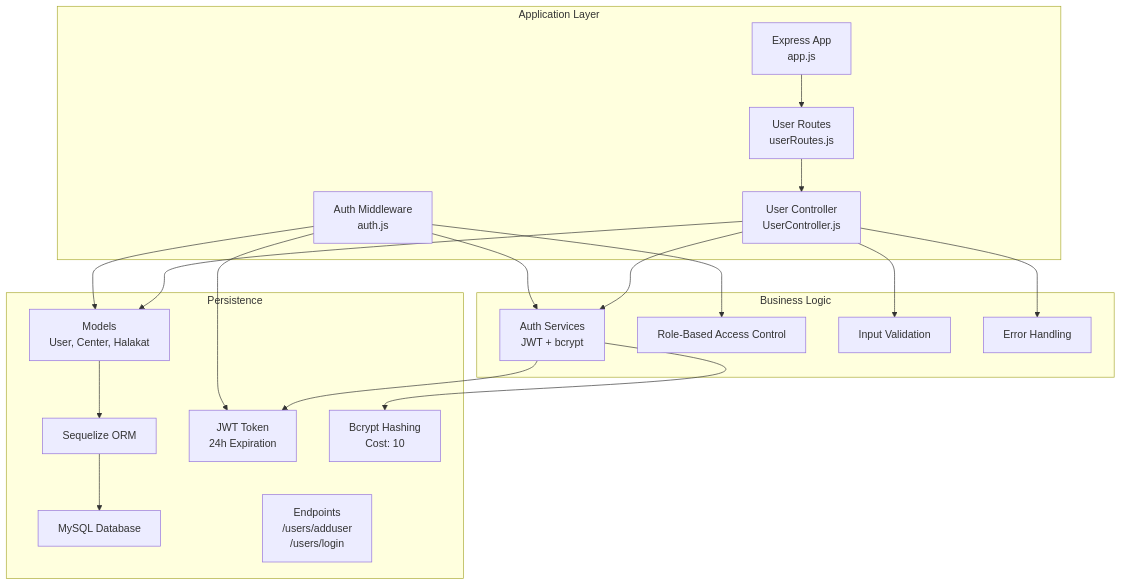
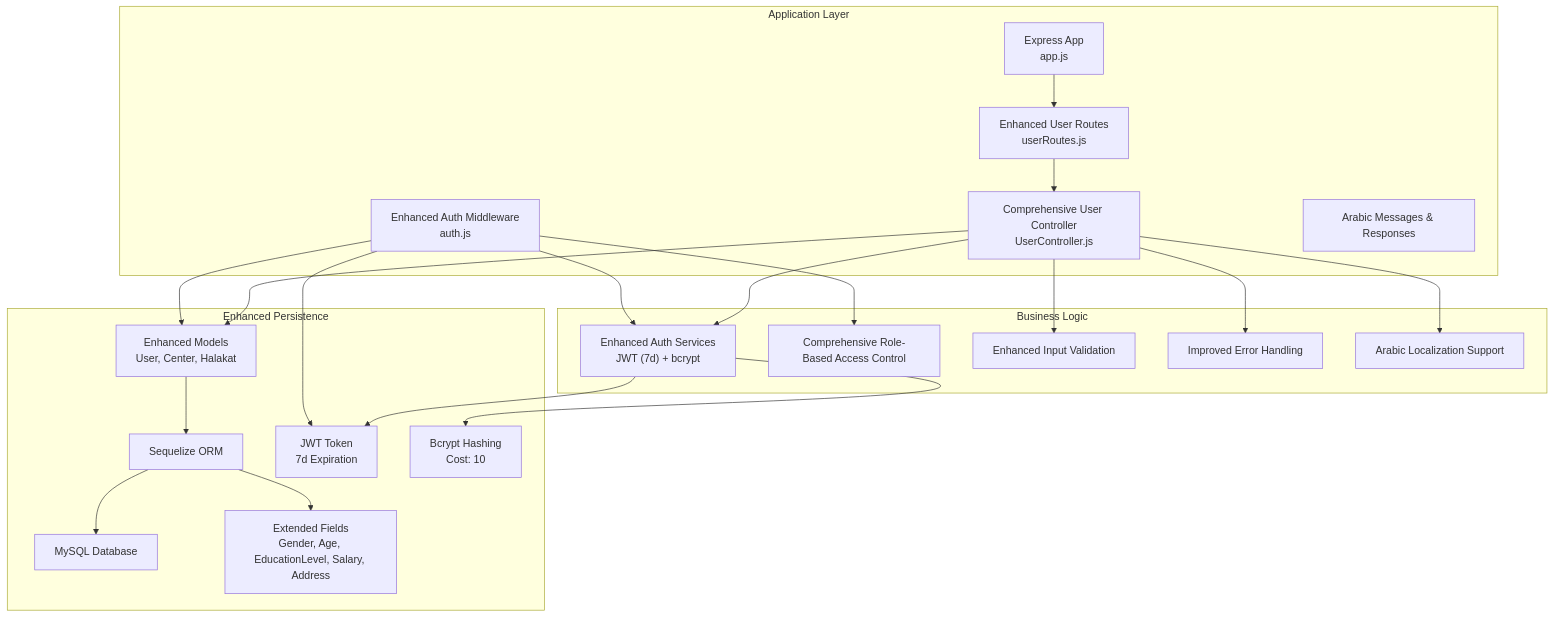
One commit to Mreng78/khirocom_project changed the second of 8 diagrams in .qoder/repowiki/en/content/Feature Modules/User Management System.md. Above: the diagram before and after it, drawn with Mermaid. The commit also changed other lines of this file and 13 other files, not shown here.

````diff
--- a/.qoder/repowiki/en/content/Feature Modules/User Management System.md
+++ b/.qoder/repowiki/en/content/Feature Modules/User Management System.md
@@ -110,37 +114,42 @@
 ```mermaid
 graph TB
 subgraph "Application Layer"
 APP["Express App<br/>app.js"]
-ROUTES["User Routes<br/>userRoutes.js"]
-CTRL["User Controller<br/>UserController.js"]
-AUTHMW["Auth Middleware<br/>auth.js"]
+ROUTES["Enhanced User Routes<br/>userRoutes.js"]
+CTRL["Comprehensive User Controller<br/>UserController.js"]
+AUTHMW["Enhanced Auth Middleware<br/>auth.js"]
+ENDPOINTS["Arabic Endpoints<br/>/users/adduser<br/>/users/login<br/>/users/getusers<br/>/users/getuserbyname<br/>/users/updateuser"]
 end
 subgraph "Business Logic"
-AUTH["Auth Services<br/>JWT + bcrypt"]
-RBAC["Role-Based Access Control"]
-VALIDATION["Input Validation"]
-ERRORHANDLING["Error Handling"]
+AUTH["Enhanced Auth Services<br/>JWT (7d) + bcrypt"]
+RBAC["Comprehensive Role-Based Access Control"]
+VALIDATION["Enhanced Input Validation"]
+ERRORHANDLING["Improved Error Handling"]
+LOCALIZATION["Arabic Localization Support"]
+ENDPOINTS["Arabic Messages & Responses"]
 end
-subgraph "Persistence"
+subgraph "Enhanced Persistence"
 DB["MySQL Database"]
 SEQ["Sequelize ORM"]
-MODELS["Models<br/>User, Center, Halakat"]
-ENDPOINTS["Endpoints<br/>/users/adduser<br/>/users/login"]
-TOKEN["JWT Token<br/>24h Expiration"]
+MODELS["Enhanced Models<br/>User, Center, Halakat"]
+FIELDS["Extended Fields<br/>Gender, Age, EducationLevel, Salary, Address"]
+TOKEN["JWT Token<br/>7d Expiration"]
 HASH["Bcrypt Hashing<br/>Cost: 10"]
 end
 APP --> ROUTES
 ROUTES --> CTRL
 CTRL --> AUTH
 CTRL --> VALIDATION
 CTRL --> ERRORHANDLING
+CTRL --> LOCALIZATION
 AUTH --> HASH
 AUTH --> TOKEN
 CTRL --> MODELS
 MODELS --> SEQ
 SEQ --> DB
+SEQ --> FIELDS
 AUTHMW --> TOKEN
 AUTHMW --> AUTH
 AUTHMW --> RBAC
 AUTHMW --> MODELS
 ```
````
